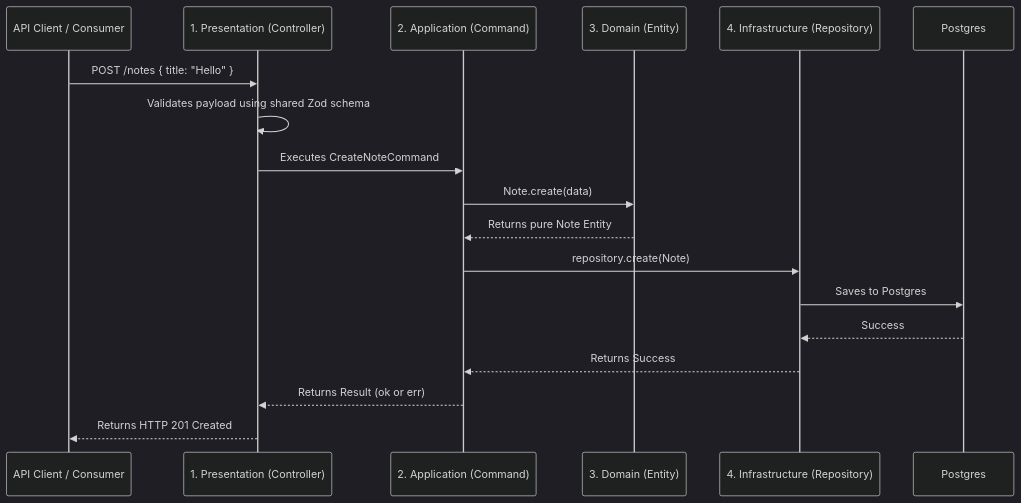
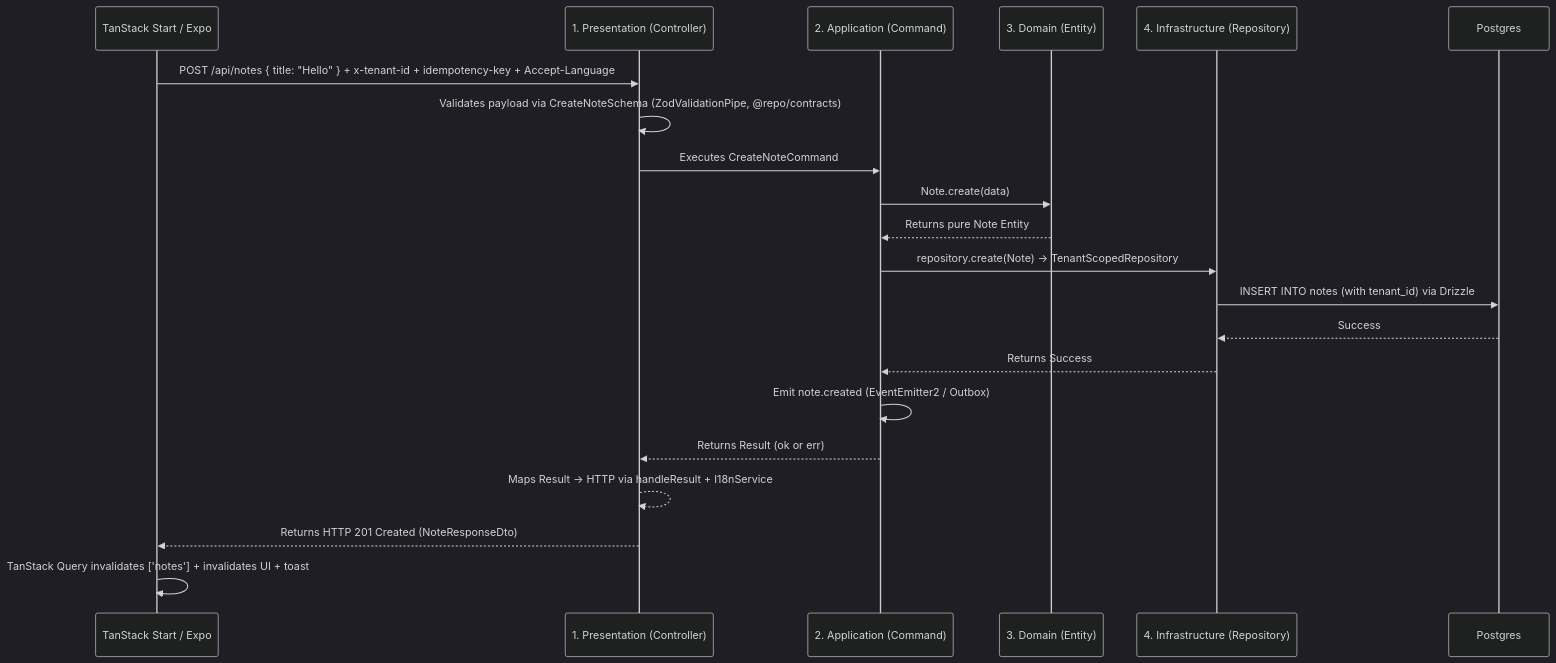
One commit to ihssmaheel-dev/modular-monolith-architecture changed the third of 3 diagrams in ARCHITECTURE.md. Above: the diagram before and after it, drawn with Mermaid (dark theme). The commit also changed other lines of this file and 152 other files, not shown here.

First line of the commit message:
feat(web,mobile,ui): wire TanStack Start + Expo + Base UI modular monolith — production-hardened boilerplate

````diff
--- a/ARCHITECTURE.md
+++ b/ARCHITECTURE.md
@@ -111,21 +130,24 @@
 ```mermaid
 sequenceDiagram
-    participant Client as API Client / Consumer
+    participant Web as TanStack Start / Expo
     participant C as 1. Presentation (Controller)
     participant A as 2. Application (Command)
     participant D as 3. Domain (Entity)
     participant I as 4. Infrastructure (Repository)
     participant DB as Postgres
 
-    Client->>C: POST /notes { title: "Hello" }
-    C->>C: Validates payload using shared Zod schema
+    Web->>C: POST /api/notes { title: "Hello" } + x-tenant-id + idempotency-key + Accept-Language
+    C->>C: Validates payload via CreateNoteSchema (ZodValidationPipe, @repo/contracts)
     C->>A: Executes CreateNoteCommand
     A->>D: Note.create(data)
     D-->>A: Returns pure Note Entity
-    A->>I: repository.create(Note)
-    I->>DB: Saves to Postgres
+    A->>I: repository.create(Note) -> TenantScopedRepository
+    I->>DB: INSERT INTO notes (with tenant_id) via Drizzle
     DB-->>I: Success
     I-->>A: Returns Success
+    A->>A: Emit note.created (EventEmitter2 / Outbox)
     A-->>C: Returns Result (ok or err)
-    C-->>Client: Returns HTTP 201 Created
+    C-->>C: Maps Result -> HTTP via handleResult + I18nService
+    C-->>Web: Returns HTTP 201 Created (NoteResponseDto)
+    Web->>Web: TanStack Query invalidates ['notes'] + invalidates UI + toast
 ```
````
